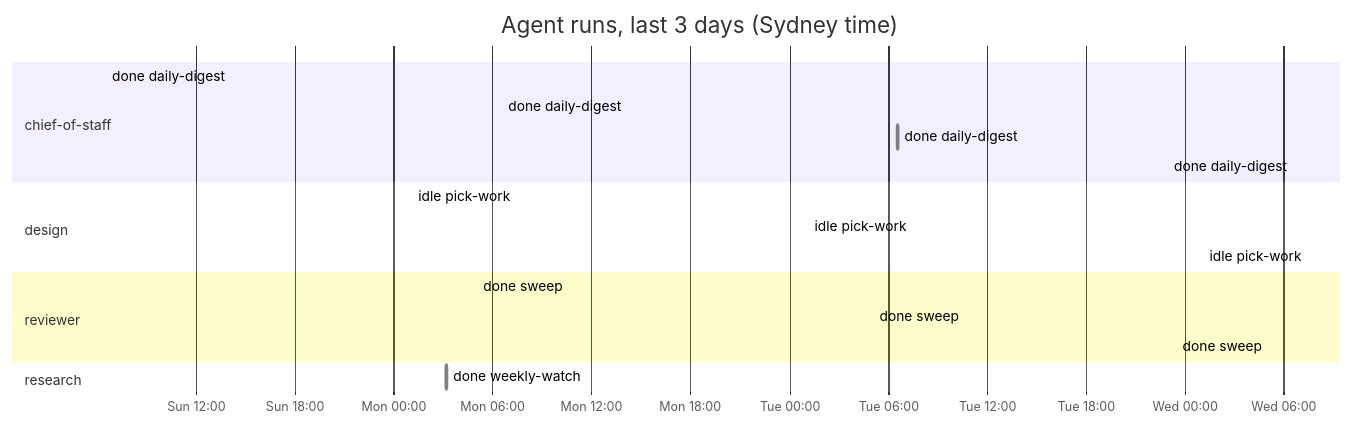
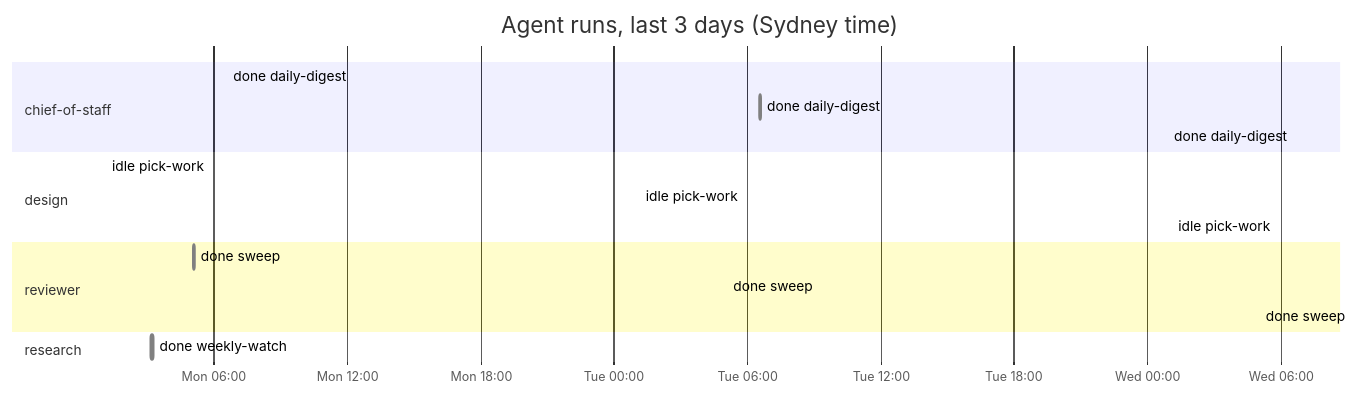
Before and after one commit to roulmediateam-byte/fifteen-expert-hq: the diagram in dashboard.md, drawn with Mermaid. The commit also changed other lines of this file and 1 other file, not shown here.

````diff
--- a/dashboard.md
+++ b/dashboard.md
@@ -53,21 +53,20 @@
 ```mermaid
 gantt
     title Agent runs, last 3 days (Sydney time)
     dateFormat YYYY-MM-DD HH:mm
     axisFormat %a %H:%M
     section chief-of-staff
-    done daily-digest :done, 2026-11-22 06:34, 2026-11-22 06:36
     done daily-digest :done, 2026-11-23 06:35, 2026-11-23 06:36
     done daily-digest :done, 2026-11-24 06:35, 2026-11-24 06:37
     done daily-digest :done, 2026-11-25 06:34, 2026-11-25 06:35
     section design
     idle pick-work :done, 2026-11-23 01:08, 2026-11-23 01:09
     idle pick-work :done, 2026-11-24 01:09, 2026-11-24 01:09
     idle pick-work :done, 2026-11-25 01:09, 2026-11-25 01:09
     section reviewer
     done sweep :done, 2026-11-23 05:04, 2026-11-23 05:06
     done sweep :done, 2026-11-24 05:05, 2026-11-24 05:06
     done sweep :done, 2026-11-25 05:04, 2026-11-25 05:05
     section research
     done weekly-watch :done, 2026-11-23 03:10, 2026-11-23 03:17
 ```
````
